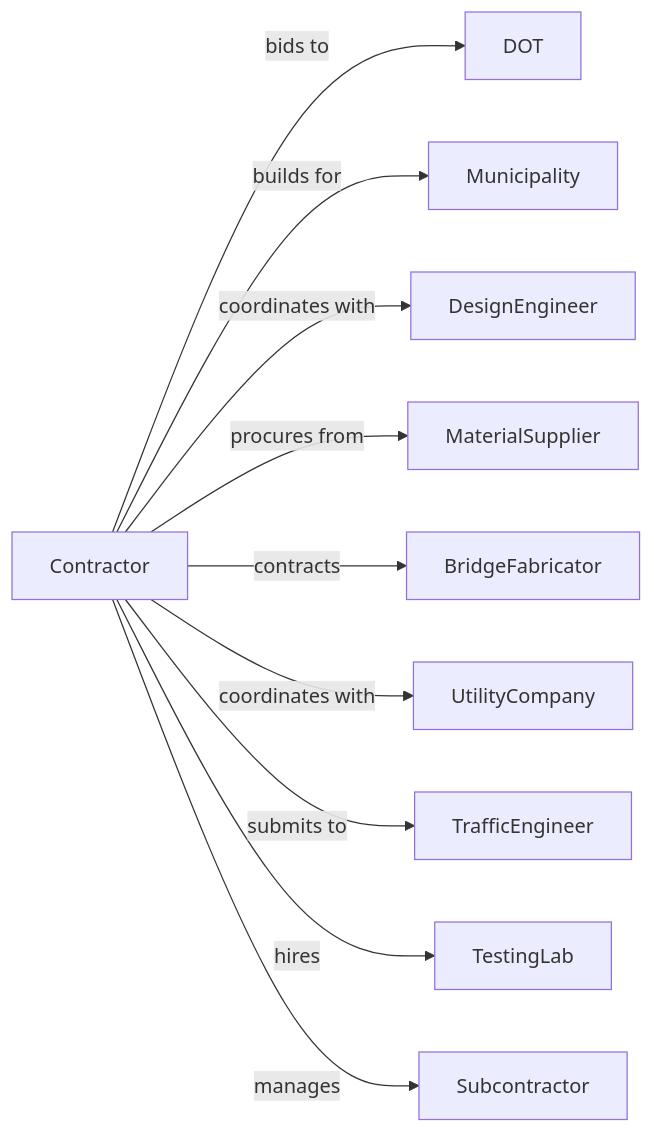
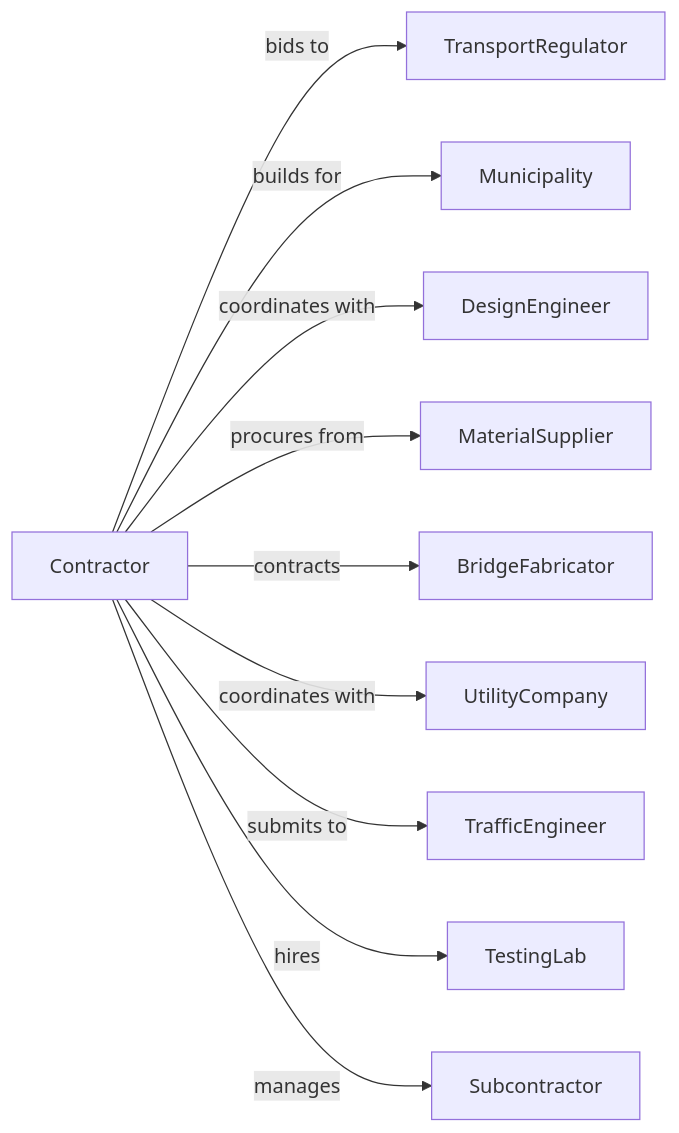
One commit to dot-org-ai/industries.org.ai changed the second of 2 diagrams in Construction/HeavyAndCivilEngineeringConstruction/HighwayStreetAndBridgeConstruction/HighwayStreetAndBridgeConstruction.mdx. Above: the diagram before and after it, drawn with Mermaid. The commit also changed other lines of this file and 588 other files, not shown here.

````diff
--- a/Construction/HeavyAndCivilEngineeringConstruction/HighwayStreetAndBridgeConstruction/HighwayStreetAndBridgeConstruction.mdx
+++ b/Construction/HeavyAndCivilEngineeringConstruction/HighwayStreetAndBridgeConstruction/HighwayStreetAndBridgeConstruction.mdx
@@ -134,14 +134,14 @@
 ```mermaid
 graph LR
     C[Contractor]
 
-    C -->|bids to| DOT
+    C -->|bids to| TransportRegulator
     C -->|builds for| Municipality
     C -->|coordinates with| DesignEngineer
     C -->|procures from| MaterialSupplier
     C -->|contracts| BridgeFabricator
     C -->|coordinates with| UtilityCompany
     C -->|submits to| TrafficEngineer
     C -->|hires| TestingLab
     C -->|manages| Subcontractor
 ```
````
